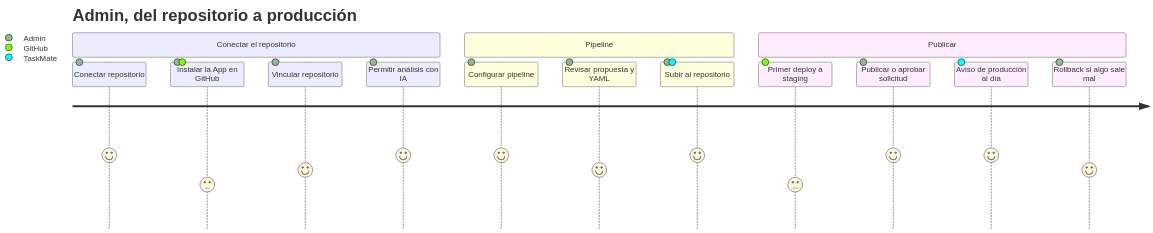
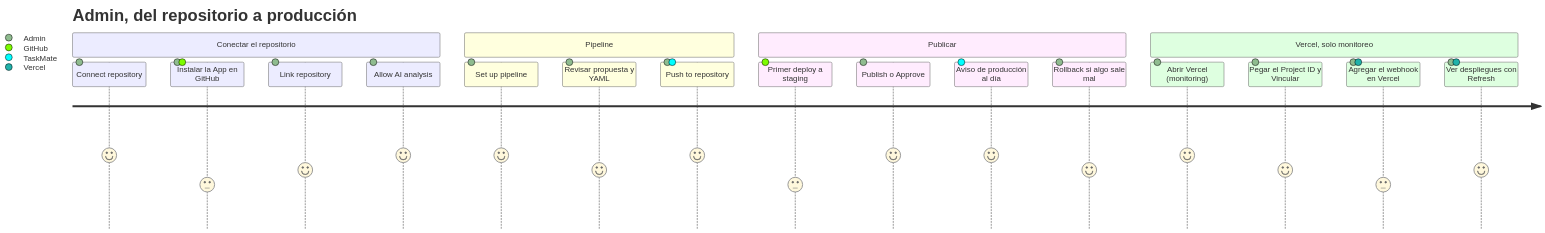
One commit to PabloP150/proyecto-is-cc6 changed the third of 4 diagrams in documentacion/04-casos-de-uso/00-recorridos-de-usuario.md. Above: the diagram before and after it, drawn with Mermaid. The commit also changed other lines of this file and 204 other files, not shown here.

First line of the commit message:
docs: update all documentation, diagrams and PNGs to the test/e2e state

````diff
--- a/documentacion/04-casos-de-uso/00-recorridos-de-usuario.md
+++ b/documentacion/04-casos-de-uso/00-recorridos-de-usuario.md
@@ -73,18 +84,23 @@
 ```mermaid
 journey
     title Admin, del repositorio a producción
     section Conectar el repositorio
-      Conectar repositorio: 5: Admin
+      Connect repository: 5: Admin
       Instalar la App en GitHub: 3: Admin, GitHub
-      Vincular repositorio: 4: Admin
-      Permitir análisis con IA: 5: Admin
+      Link repository: 4: Admin
+      Allow AI analysis: 5: Admin
     section Pipeline
-      Configurar pipeline: 5: Admin
+      Set up pipeline: 5: Admin
       Revisar propuesta y YAML: 4: Admin
-      Subir al repositorio: 5: Admin, TaskMate
+      Push to repository: 5: Admin, TaskMate
     section Publicar
       Primer deploy a staging: 3: GitHub
-      Publicar o aprobar solicitud: 5: Admin
+      Publish o Approve: 5: Admin
       Aviso de producción al día: 5: TaskMate
       Rollback si algo sale mal: 4: Admin
+    section Vercel, solo monitoreo
+      Abrir Vercel (monitoring): 5: Admin
+      Pegar el Project ID y Vincular: 4: Admin
+      Agregar el webhook en Vercel: 3: Admin, Vercel
+      Ver despliegues con Refresh: 4: Admin, Vercel
 ```
````
